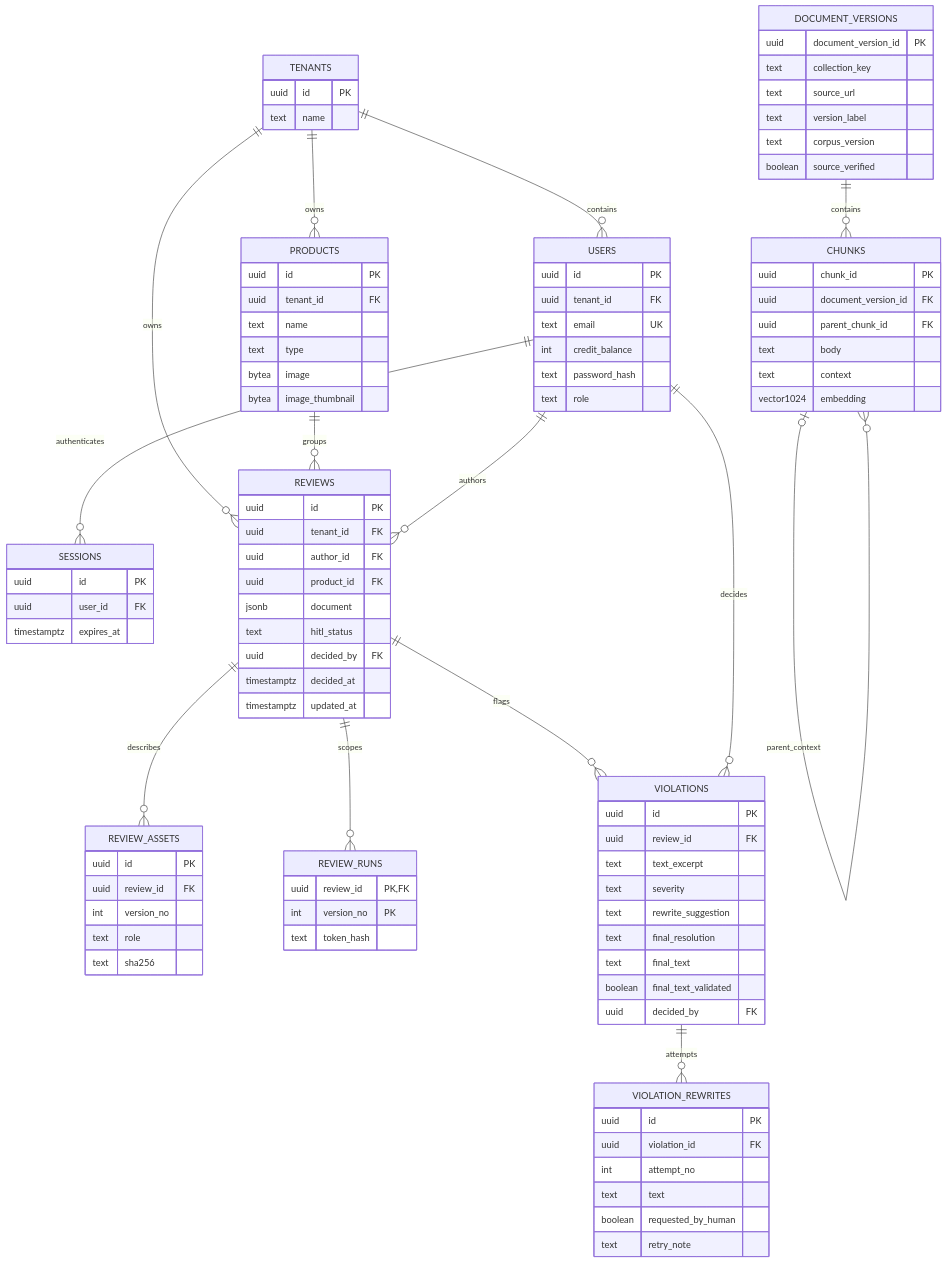
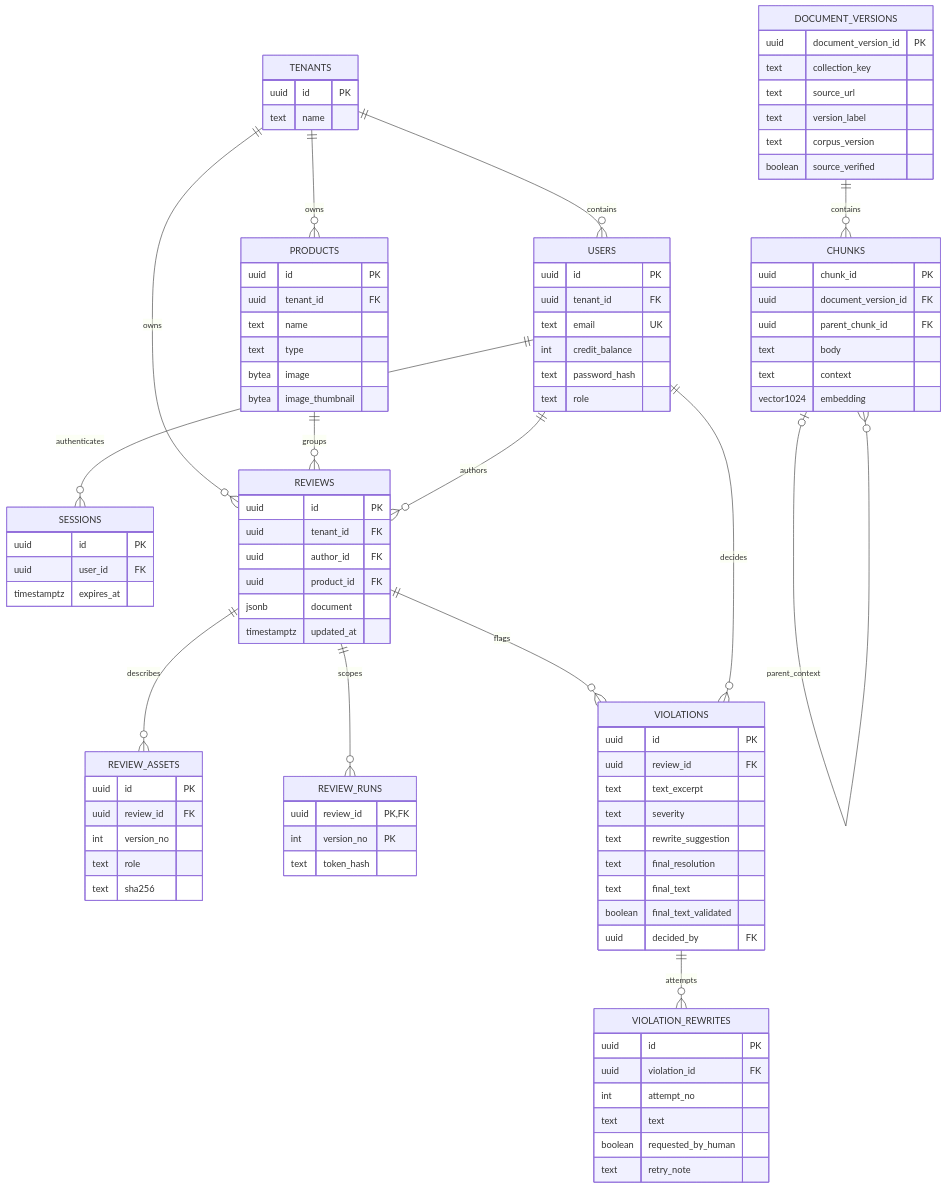
One commit to SKALA-AI-Agent-Capstone/backend changed the diagram in docs/04-data.md. Above: the diagram before and after it, drawn with Mermaid. The commit also changed other lines of this file and 6 other files, not shown here.

```diff
--- a/docs/04-data.md
+++ b/docs/04-data.md
@@ -176,9 +176,6 @@
       uuid author_id FK
       uuid product_id FK
       jsonb document
-      text hitl_status
-      uuid decided_by FK
-      timestamptz decided_at
       timestamptz updated_at
     }
     VIOLATIONS {
```
